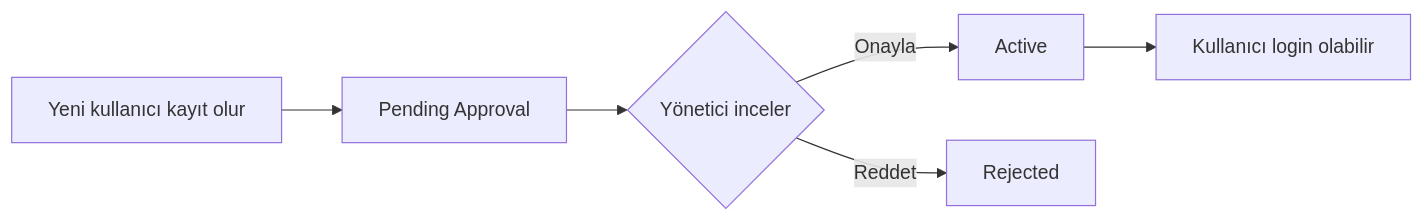
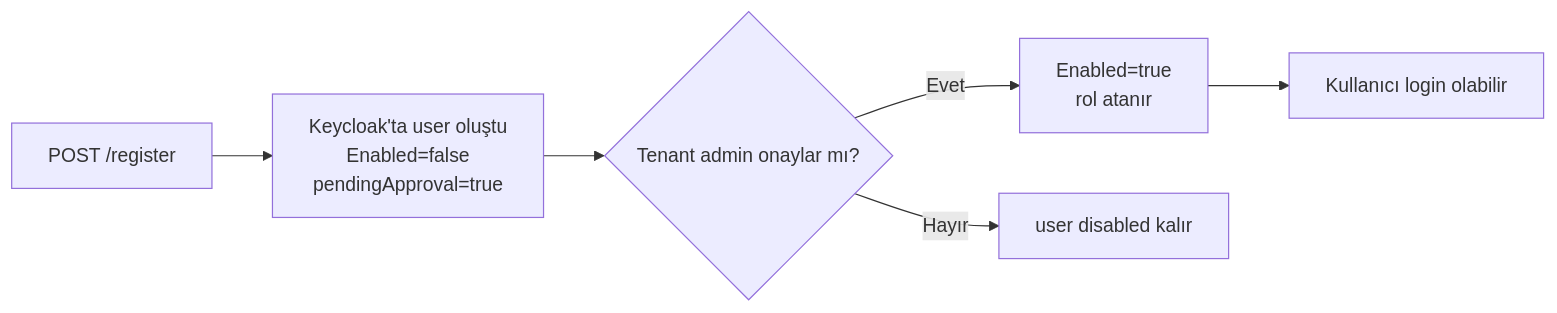
Before and after one commit to payment-pos/mintlify: the diagram in identity/auth/register.mdx, drawn with Mermaid. The commit also changed other lines of this file and 15 other files, not shown here.

````diff
--- a/identity/auth/register.mdx
+++ b/identity/auth/register.mdx
@@ -63,8 +62,8 @@
 ```mermaid
 flowchart LR
-    A[Yeni kullanıcı kayıt olur] --> B[Pending Approval]
-    B --> C{Yönetici inceler}
-    C -->|Onayla| D[Active]
-    C -->|Reddet| E[Rejected]
+    A[POST /register] --> B[Keycloak'ta user oluştu<br/>Enabled=false<br/>pendingApproval=true]
+    B --> C{Tenant admin onaylar mı?}
+    C -->|Evet| D[Enabled=true<br/>rol atanır]
+    C -->|Hayır| E[user disabled kalır]
     D --> F[Kullanıcı login olabilir]
 ```
````
